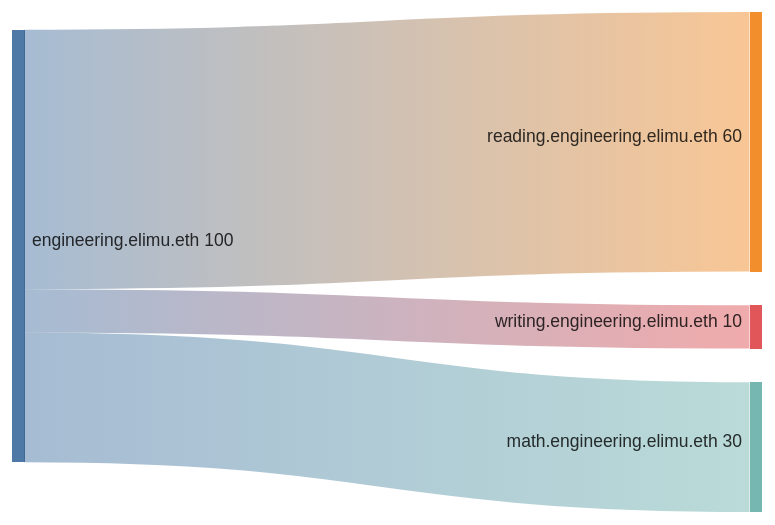
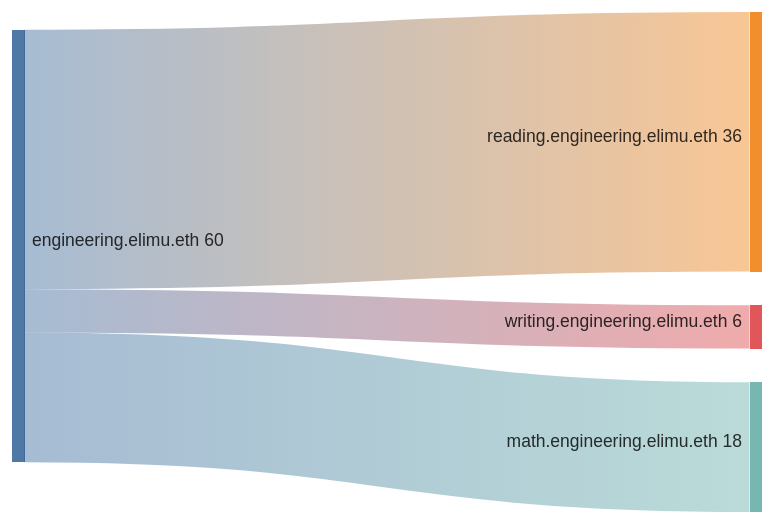
The second of 3 diagrams in DRIP_LIST_FUNDING_SPLITS.md (elimu-ai/web3-wiki), drawn with Mermaid before and after one commit.

````diff
--- a/DRIP_LIST_FUNDING_SPLITS.md
+++ b/DRIP_LIST_FUNDING_SPLITS.md
@@ -46,8 +46,8 @@
 ```mermaid
 sankey-beta
 
 %% source,target,value
-engineering.elimu.eth,reading.engineering.elimu.eth,60
-engineering.elimu.eth,writing.engineering.elimu.eth,10
-engineering.elimu.eth,math.engineering.elimu.eth,30
+engineering.elimu.eth,reading.engineering.elimu.eth,36
+engineering.elimu.eth,writing.engineering.elimu.eth,6
+engineering.elimu.eth,math.engineering.elimu.eth,18
 ```
````
